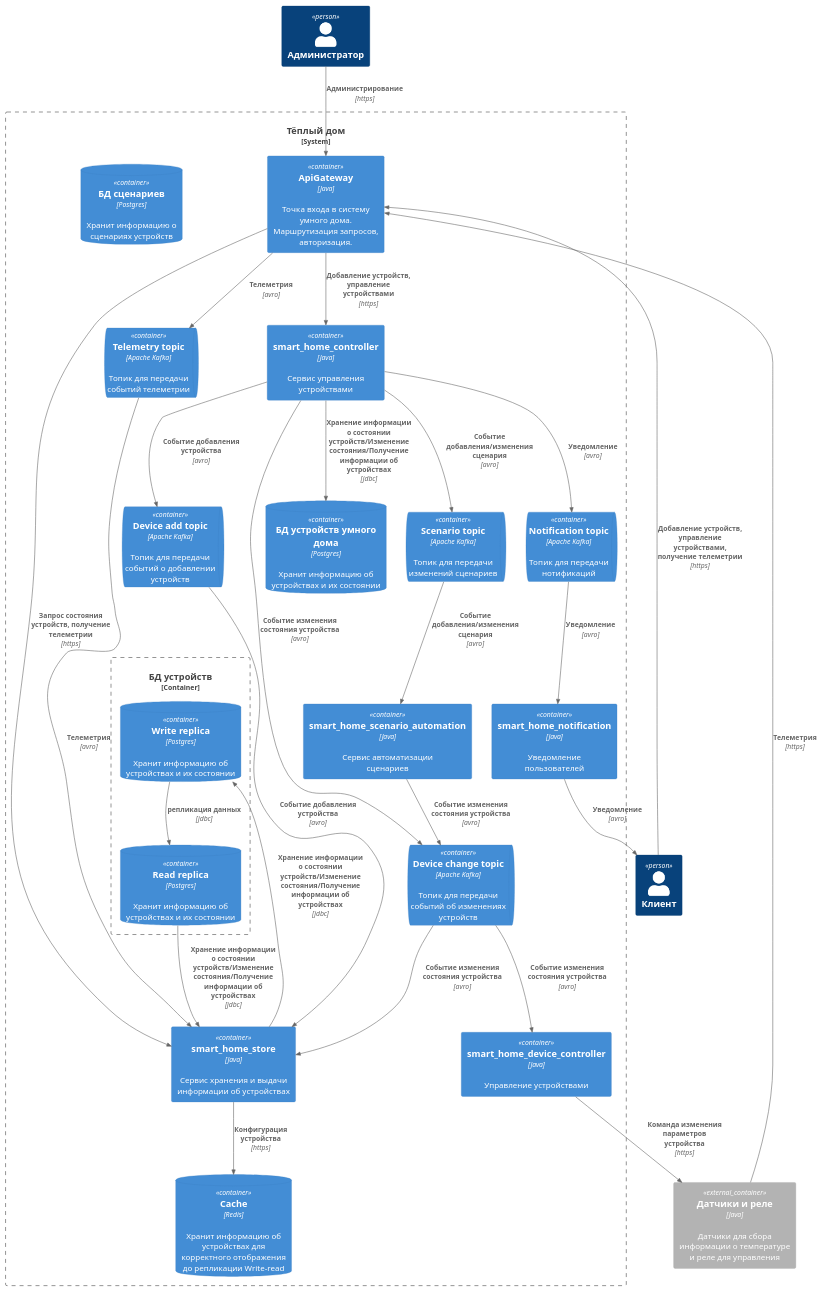
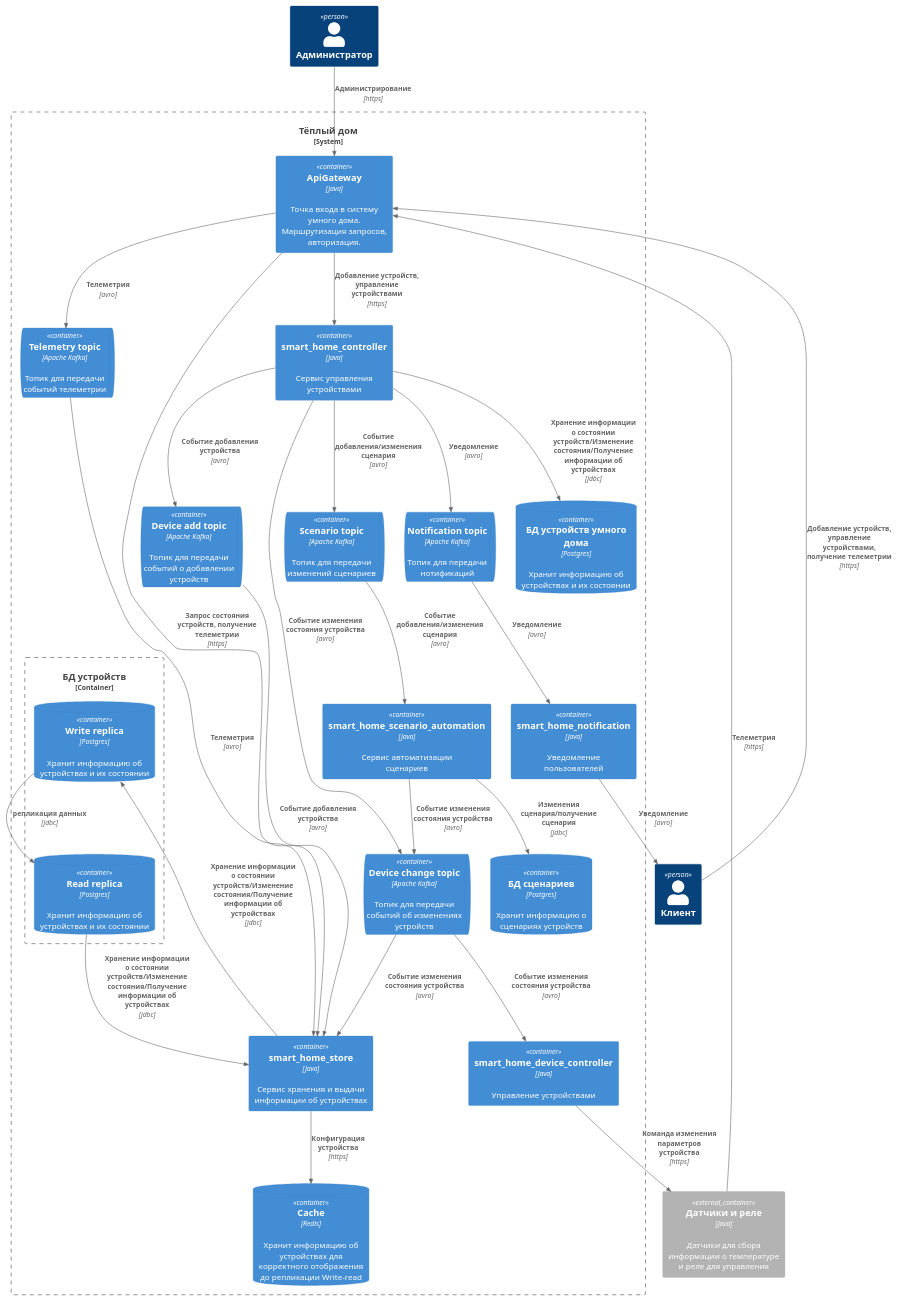
The diagram in c4/c4_2_to_be_container.puml (bearbeard/architecture-sprint-3), drawn with PlantUML before and after one commit. The commit also changed 1 other file, not shown here.

Commit message:
docs(sprint_3_task_2): Дополнил диаграмму контейнеров

```diff
--- a/c4/c4_2_to_be_container.puml
+++ b/c4/c4_2_to_be_container.puml
@@ -1,72 +1,73 @@
 @startuml
 !include https://raw.githubusercontent.com/plantuml-stdlib/C4-PlantUML/master/C4_Container.puml
 !include https://raw.githubusercontent.com/plantuml-stdlib/C4-PlantUML/master/C4_Component.puml
 
 Person(client, "Клиент")
 Person(admin, "Администратор")
 
 
 System_Boundary(b1, "Тёплый дом") {
     Container(api_gw, "ApiGateway", "Java", "Точка входа в систему умного дома. Маршрутизация запросов, авторизация.")
     ContainerDb(smart_home_db, "БД умного дома", "Postgres", "Хранение данных обо всей системе")
 
     Container(smart_home_controller, "smart_home_controller", "Java", "Сервис управления устройствами")
     ContainerDb(smart_home_db, "БД устройств умного дома", "Postgres", "Хранит информацию об устройствах и их состоянии")
 
     Container(smart_home_store, "smart_home_store", "Java", "Сервис хранения и выдачи информации об устройствах")
     ContainerDb(smart_home_store_cache, "Cache", "Redis", "Хранит информацию об устройствах для корректного отображения до репликации Write-read")
     Container_Boundary(c1, "БД устройств") {
         ContainerDb(smart_home_store_write_db, "Write replica", "Postgres", "Хранит информацию об устройствах и их состоянии")
         ContainerDb(smart_home_store_read_db, "Read replica", "Postgres", "Хранит информацию об устройствах и их состоянии")
     }
 
     Container(smart_home_scenario_automation, "smart_home_scenario_automation", "Java", "Сервис автоматизации сценариев")
     ContainerDb(smart_home_scenario_automation_db, "БД сценариев", "Postgres", "Хранит информацию о сценариях устройств")
 
     ContainerQueue(kafka_device_change_event, "Device change topic", "Apache Kafka", "Топик для передачи событий об изменениях устройств")
     ContainerQueue(kafka_device_add_event, "Device add topic", "Apache Kafka", "Топик для передачи событий о добавлении устройств")
     ContainerQueue(kafka_device_telemetry_event, "Telemetry topic", "Apache Kafka", "Топик для передачи событий телеметрии")
     ContainerQueue(kafka_device_notification_event, "Notification topic", "Apache Kafka", "Топик для передачи нотификаций")
     ContainerQueue(kafka_device_scenario_event, "Scenario topic", "Apache Kafka", "Топик для передачи изменений сценариев")
 
     Container(smart_home_device_controller, "smart_home_device_controller", "Java", "Управление устройствами")
 
     Container(smart_home_notification, "smart_home_notification", "Java", "Уведомление пользователей")
 
 }
 
 Container_Ext(device, "Датчики и реле", "Java", "Датчики для сбора информации о температуре и реле для управления")
 
 Rel(device, api_gw, "Телеметрия", "https")
 Rel(client, api_gw, "Добавление устройств, управление устройствами, получение телеметрии", "https")
 Rel(admin, api_gw, "Администрирование", "https")
 Rel(api_gw, smart_home_controller, "Добавление устройств, управление устройствами", "https")
 Rel(smart_home_controller, smart_home_db, "Хранение информации о состоянии устройств/Изменение состояния/Получение информации об устройствах", "jdbc")
 Rel(smart_home_controller, kafka_device_scenario_event, "Событие добавления/изменения сценария", "avro")
 Rel(kafka_device_scenario_event, smart_home_scenario_automation, "Событие добавления/изменения сценария", "avro")
 Rel(smart_home_scenario_automation, kafka_device_change_event, "Событие изменения состояния устройства", "avro")
+Rel(smart_home_scenario_automation, smart_home_scenario_automation_db, "Изменения сценария/получение сценария", "jdbc")
 
 Rel(smart_home_store, smart_home_store_cache, "Конфигурация устройства", "https")
 Rel(smart_home_store, smart_home_store_write_db, "Хранение информации о состоянии устройств/Изменение состояния/Получение информации об устройствах", "jdbc")
 Rel(smart_home_store_read_db, smart_home_store, "Хранение информации о состоянии устройств/Изменение состояния/Получение информации об устройствах", "jdbc")
 Rel(smart_home_store_write_db, smart_home_store_read_db, "репликация данных", "jdbc")
 
 Rel(api_gw, smart_home_store, "Запрос состояния устройств, получение телеметрии", "https")
 
 Rel(smart_home_controller, kafka_device_add_event, "Событие добавления устройства", "avro")
 Rel(smart_home_controller, kafka_device_change_event, "Событие изменения состояния устройства", "avro")
 
 Rel(kafka_device_add_event, smart_home_store, "Событие добавления устройства", "avro")
 Rel(kafka_device_change_event, smart_home_store, "Событие изменения состояния устройства", "avro")
 
 Rel(kafka_device_change_event, smart_home_device_controller, "Событие изменения состояния устройства", "avro")
 Rel(smart_home_device_controller, device, "Команда изменения параметров устройства", "https")
 
 Rel(api_gw, kafka_device_telemetry_event, "Телеметрия", "avro")
 Rel(kafka_device_telemetry_event, smart_home_store, "Телеметрия", "avro")
 
 Rel(smart_home_controller, kafka_device_notification_event, "Уведомление", "avro")
 Rel(kafka_device_notification_event, smart_home_notification, "Уведомление", "avro")
 Rel(smart_home_notification, client, "Уведомление", "avro")
 
 @enduml
```
